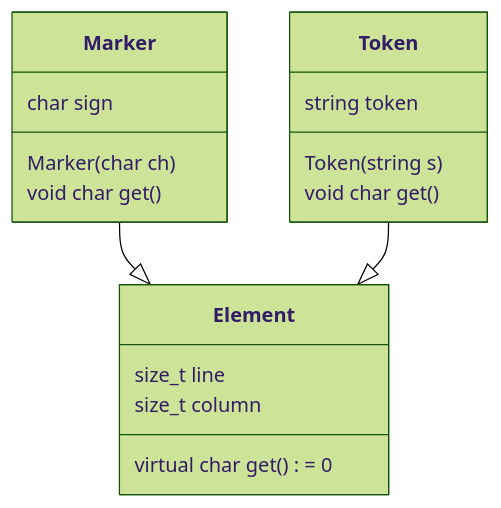
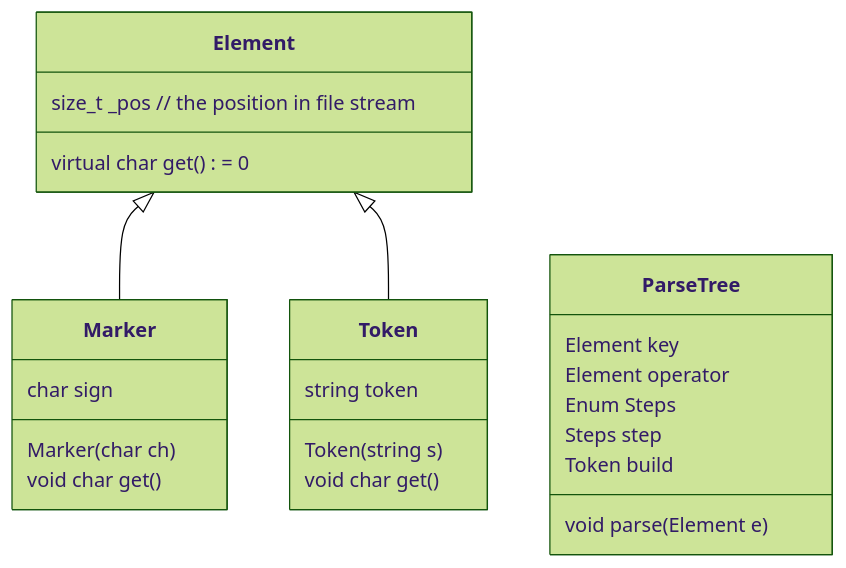
The second of 5 diagrams in modding analysis/parser build/_parser/tokenize_process.md (Supheria/FocusTree), drawn with Mermaid (forest theme) before and after one commit. The commit also changed other lines of this file and 1 other file, not shown here.

Commit message:
新的思路，文件读取时 parse

````diff
--- a/modding analysis/parser build/_parser/tokenize_process.md
+++ b/modding analysis/parser build/_parser/tokenize_process.md
@@ -66,20 +56,29 @@
 ```mermaid
 classDiagram
 	class Element{
-		size_t line
-		size_t column
+		size_t _pos // the position in file stream
 		virtual char get() = 0
 	}
 	class Marker{
 		char sign
 		Marker(char ch)
 		void char get()
 	}
 	class Token{
 		string token
 		Token(string s)
 		void char get()
 	}
+	direction BT
 	Marker --|> Element
 	Token --|> Element
+	
+	class ParseTree{
+		Element key
+		Element operator
+		Enum Steps
+		Steps step
+		Token build
+		void parse(Element e)
+	}
 ```
````
